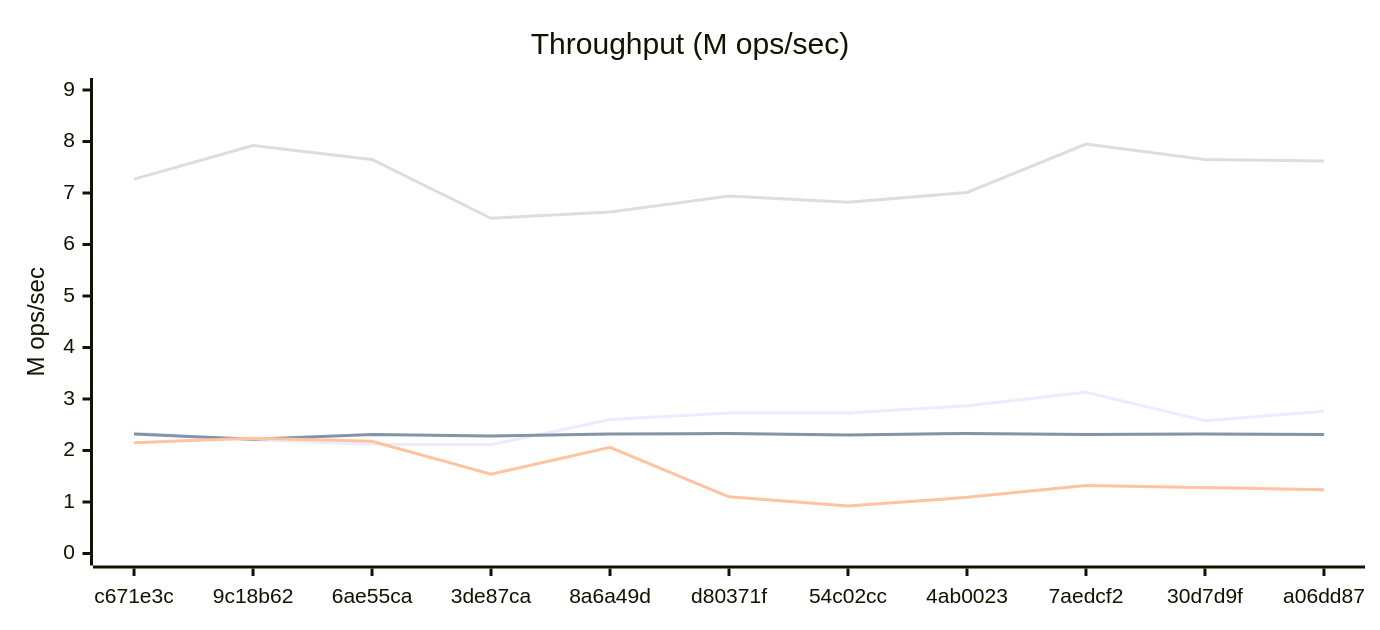
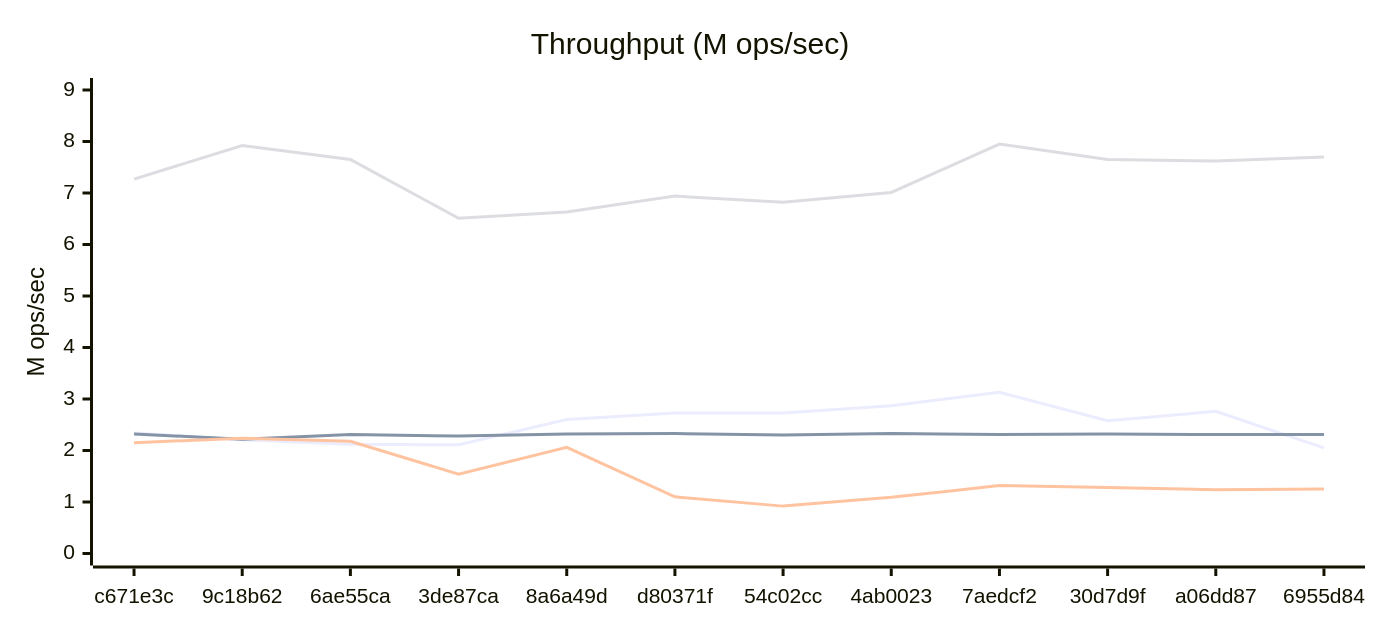
One commit to Ikolvi/Titan changed the fourth of 6 diagrams in docs/BENCHMARKS.md. Above: the diagram before and after it, drawn with Mermaid. The commit also changed other lines of this file, not shown here.

````diff
--- a/docs/BENCHMARKS.md
+++ b/docs/BENCHMARKS.md
@@ -143,17 +144,17 @@
 ```mermaid
 ---
 config:
     xyChart:
         width: 900
         height: 400
         plotColorPalette: "#4e79a7, #f28e2c, #e15759, #76b7b2, #59a14f, #edc949"
 ---
 xychart-beta
     title "Throughput (M ops/sec)"
-    x-axis ["c671e3c", "9c18b62", "6ae55ca", "3de87ca", "8a6a49d", "d80371f", "54c02cc", "4ab0023", "7aedcf2", "30d7d9f", "a06dd87"]
+    x-axis ["c671e3c", "9c18b62", "6ae55ca", "3de87ca", "8a6a49d", "d80371f", "54c02cc", "4ab0023", "7aedcf2", "30d7d9f", "a06dd87", "6955d84"]
     y-axis "M ops/sec" 0.00 --> 9.00
-    line [2.34, 2.21, 2.12, 2.11, 2.60, 2.73, 2.73, 2.87, 3.13, 2.58, 2.76]
-    line [2.32, 2.22, 2.31, 2.28, 2.32, 2.33, 2.30, 2.33, 2.31, 2.32, 2.31]
-    line [2.15, 2.24, 2.18, 1.54, 2.06, 1.10, 0.92, 1.09, 1.32, 1.28, 1.24]
-    line [7.27, 7.92, 7.65, 6.51, 6.63, 6.94, 6.82, 7.01, 7.95, 7.65, 7.62]
+    line [2.34, 2.21, 2.12, 2.11, 2.60, 2.73, 2.73, 2.87, 3.13, 2.58, 2.76, 2.05]
+    line [2.32, 2.22, 2.31, 2.28, 2.32, 2.33, 2.30, 2.33, 2.31, 2.32, 2.31, 2.31]
+    line [2.15, 2.24, 2.18, 1.54, 2.06, 1.10, 0.92, 1.09, 1.32, 1.28, 1.24, 1.25]
+    line [7.27, 7.92, 7.65, 6.51, 6.63, 6.94, 6.82, 7.01, 7.95, 7.65, 7.62, 7.70]
 ```
````
